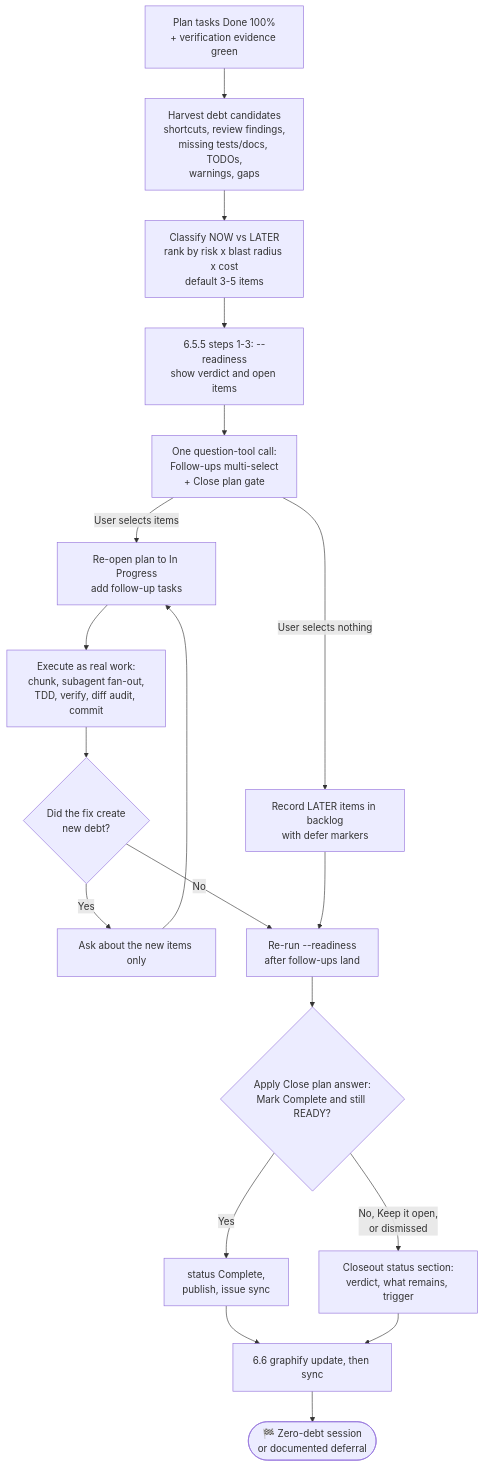
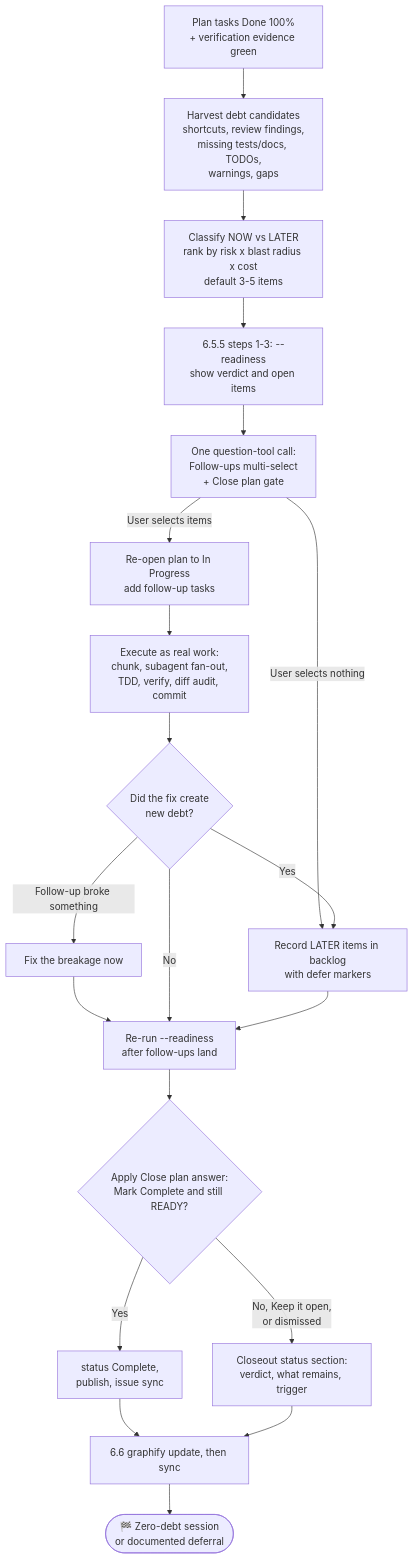
One commit to belajarcarabelajar/vivera changed the diagram in skills/sucp-debt-sweep/references/04-stars-anti-patterns.md. Above: the diagram before and after it, drawn with Mermaid. The commit also changed other lines of this file and 3 other files, not shown here.

First line of the commit message:
docs(sweep): cap the debt sweep at one round with a stop line

````diff
--- a/skills/sucp-debt-sweep/references/04-stars-anti-patterns.md
+++ b/skills/sucp-debt-sweep/references/04-stars-anti-patterns.md
@@ -19,23 +20,24 @@
 ```mermaid
 flowchart TD
     accTitle: Session-close debt sweep and follow-up injection
-    accDescr: Once the plan is done at one hundred percent, harvested debt is ranked into three to five follow-ups and the readiness verdict is shown. One question-tool call asks the follow-ups and the Close plan gate together. Selected follow-ups run as real work and are swept again; then readiness is re-run, and Mark Complete applies only if it is still READY, otherwise the plan records why it stays open. The graphify sync runs last.
+    accDescr: Once the plan is done at one hundred percent, harvested debt is ranked into three to five follow-ups and the readiness verdict is shown. One question-tool call asks the follow-ups and the Close plan gate together. Selected follow-ups run as real work and are swept once more, with anything new written to the backlog; then readiness is re-run, and Mark Complete applies only if it is still READY, otherwise the plan records why it stays open. The graphify sync runs last.
     Gate["Plan tasks Done 100%\n+ verification evidence green"] --> Harvest["Harvest debt candidates\nshortcuts, review findings,\nmissing tests/docs, TODOs,\nwarnings, gaps"]
     Harvest --> Rank["Classify NOW vs LATER\nrank by risk x blast radius x cost\ndefault 3-5 items"]
     Rank --> Readiness["6.5.5 steps 1-3: --readiness\nshow verdict and open items"]
     Readiness --> Ask["One question-tool call:\nFollow-ups multi-select\n+ Close plan gate"]
     Ask -->|User selects items| Reopen["Re-open plan to In Progress\nadd follow-up tasks"]
     Ask -->|User selects nothing| Backlog["Record LATER items in backlog\nwith defer markers"]
     Reopen --> Exec["Execute as real work:\nchunk, subagent fan-out,\nTDD, verify, diff audit, commit"]
     Exec --> SweepAgain{"Did the fix create\nnew debt?"}
-    SweepAgain -->|"Yes"| AskNew["Ask about the new items only"]
-    AskNew --> Reopen
+    SweepAgain -->|"Yes"| Backlog
+    SweepAgain -->|"Follow-up broke something"| Fix["Fix the breakage now"]
+    Fix --> Recheck
     SweepAgain -->|"No"| Recheck["Re-run --readiness\nafter follow-ups land"]
     Backlog --> Recheck
     Recheck --> CloseGate{"Apply Close plan answer:\nMark Complete and still READY?"}
     CloseGate -->|"Yes"| Complete["status Complete,\npublish, issue sync"]
     CloseGate -->|"No, Keep it open,\nor dismissed"| KeepOpen["Closeout status section:\nverdict, what remains, trigger"]
     Complete --> Graph["6.6 graphify update, then sync"]
     KeepOpen --> Graph
     Graph --> Close(["🏁 Zero-debt session\nor documented deferral"])
 ```
````
